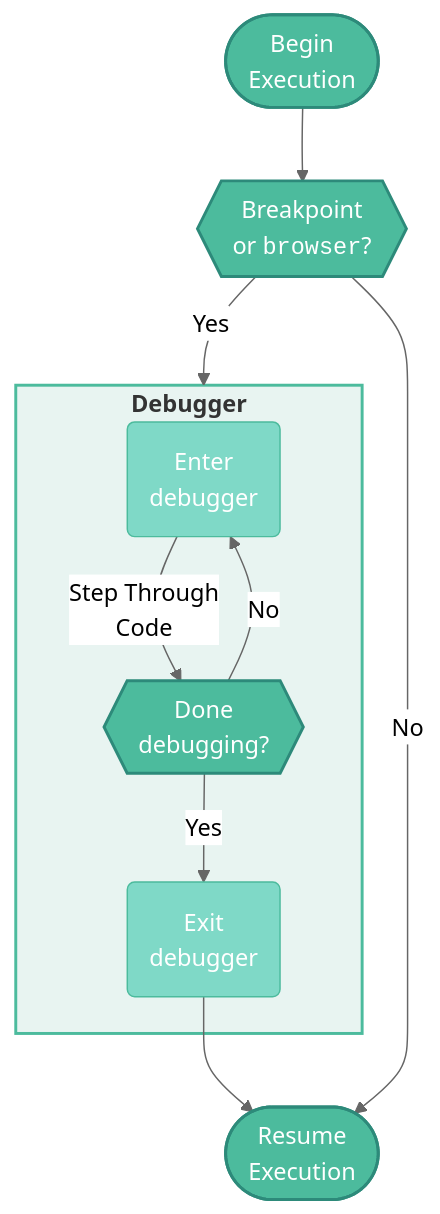
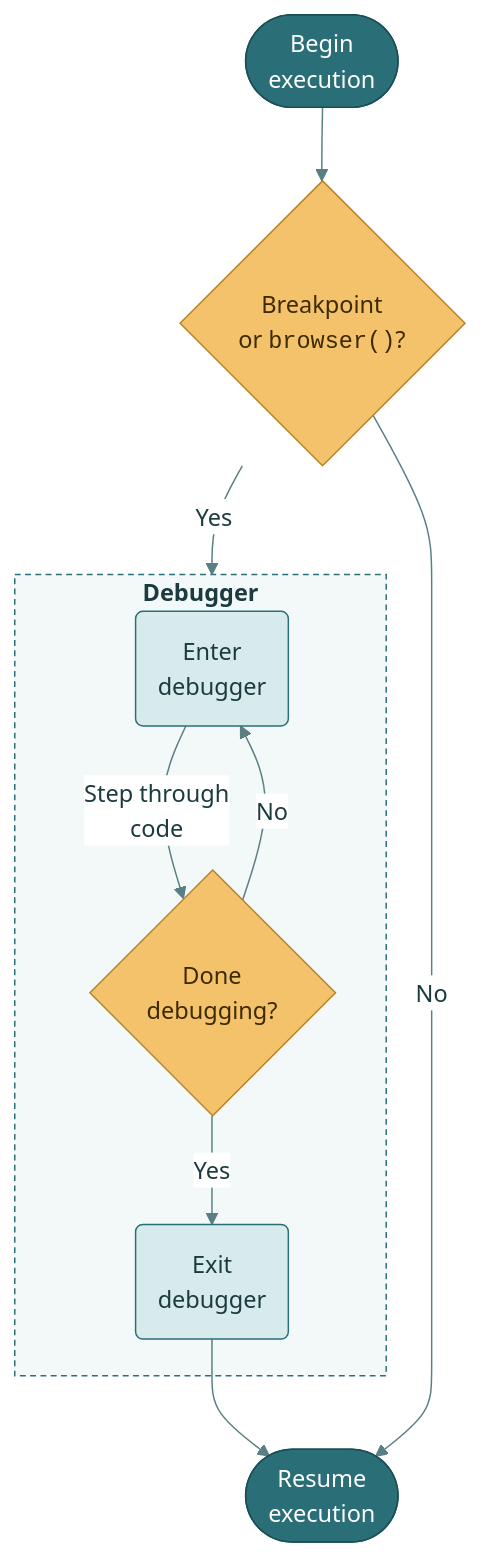
Before and after one commit to mjfrigaard/shiny-app-pkgs: the first of 3 diagrams in debugger.qmd, drawn with Mermaid. The commit also changed other lines of this file and 22 other files, not shown here.

First line of the commit message:
Standardize mermaid diagrams on the site teal palette

````diff
--- a/debugger.qmd
+++ b/debugger.qmd
@@ -91,30 +91,29 @@
 ```{mermaid}
 %%| fig-cap: 'Interactive debugger with `browser()` or breakpoint'
 %%| fig-align: center
-%%{init: {'theme': 'neutral', 'themeVariables': { 'fontFamily': 'monospace', "fontSize":"16px"}}}%%
+%%{init: {'theme': 'base', 'themeVariables': { 'fontFamily': 'monospace', "fontSize":"16px", "primaryColor":"#D7EBEC", "primaryTextColor":"#1B3B3F", "primaryBorderColor":"#2A6F77", "lineColor":"#5A7F83", "edgeLabelBackground":"#FFFFFF", "clusterBkg":"#F3F8F8", "clusterBorder":"#2A6F77", "darkMode":false}}}%%
 flowchart TD
-        Start(["Begin<br>Execution"])
-        Browser{{"Breakpoint<br>or <code>browser</code>?"}}
-        subgraph Debugger ["<strong>Debugger</strong>"]
-            Step("Enter<br>debugger")
-            Step --> |"Step Through<br>Code"|Debug{{"Done<br>debugging?"}}
-
-            Debug -->|"No"| Step
-            Debug -->|"Yes"| Exit("Exit<br>debugger")
-
-        end
-        Resume(["Resume<br>Execution"])
+    Start(["Begin<br>execution"])
+    Browser{"Breakpoint<br>or <code>browser()</code>?"}
+    subgraph Debugger["<strong>Debugger</strong>"]
+        Step("Enter<br>debugger")
+        Step -->|"Step through<br>code"| Debug{"Done<br>debugging?"}
+        Debug -->|"No"| Step
+        Debug -->|"Yes"| Exit("Exit<br>debugger")
+    end
+    Resume(["Resume<br>execution"])
 
     Start --> Browser
     Browser -->|"Yes"| Debugger
     Exit --> Resume
     Browser -->|"No"| Resume
 
-    style Start fill:#4CBB9D,color:#fff,stroke:#2d8a7a,stroke-width:2px
-    style Browser fill:#4CBB9D,color:#fff,stroke:#2d8a7a,stroke-width:2px
-    style Resume fill:#4CBB9D,color:#fff,stroke:#2d8a7a,stroke-width:2px
-    style Step fill:#7fd9c7,color:#fff,stroke:#4CBB9D,stroke-width:1px
-    style Debug fill:#4CBB9D,color:#fff,stroke:#2d8a7a,stroke-width:2px
-    style Exit fill:#7fd9c7,color:#fff,stroke:#4CBB9D,stroke-width:1px
-    style Debugger fill:#e8f4f1,stroke:#4CBB9D,stroke-width:2px
+    classDef term fill:#2A6F77,color:#FFFFFF,stroke:#1B4F55,stroke-width:1px
+    classDef step fill:#D7EBEC,color:#1B3B3F,stroke:#2A6F77,stroke-width:1px
+    classDef decision fill:#F4C26B,color:#3D2A00,stroke:#B7832B,stroke-width:1px
+    classDef io fill:#FFFFFF,color:#1B3B3F,stroke:#2A6F77,stroke-width:1px
+    class Start,Resume term
+    class Step,Exit step
+    class Browser,Debug decision
+    style Debugger fill:#F3F8F8,color:#1B3B3F,stroke:#2A6F77,stroke-width:1px,stroke-dasharray:4 3
 ```
````
